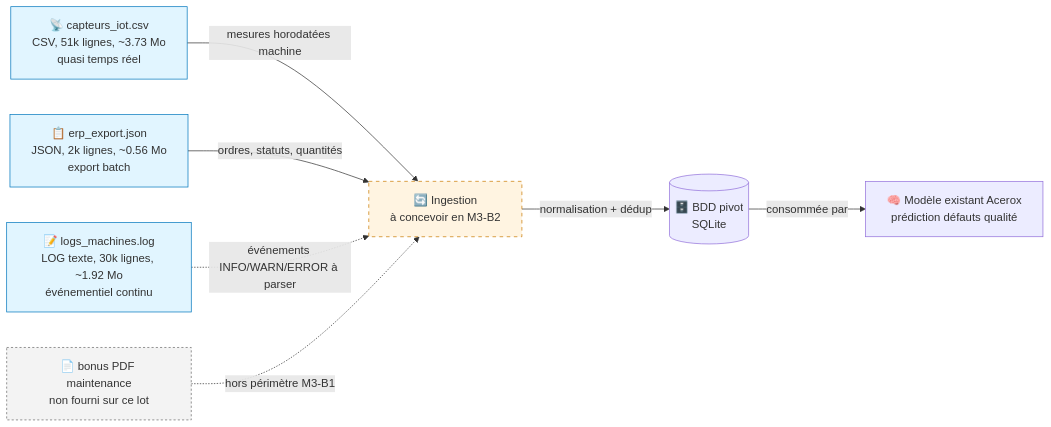
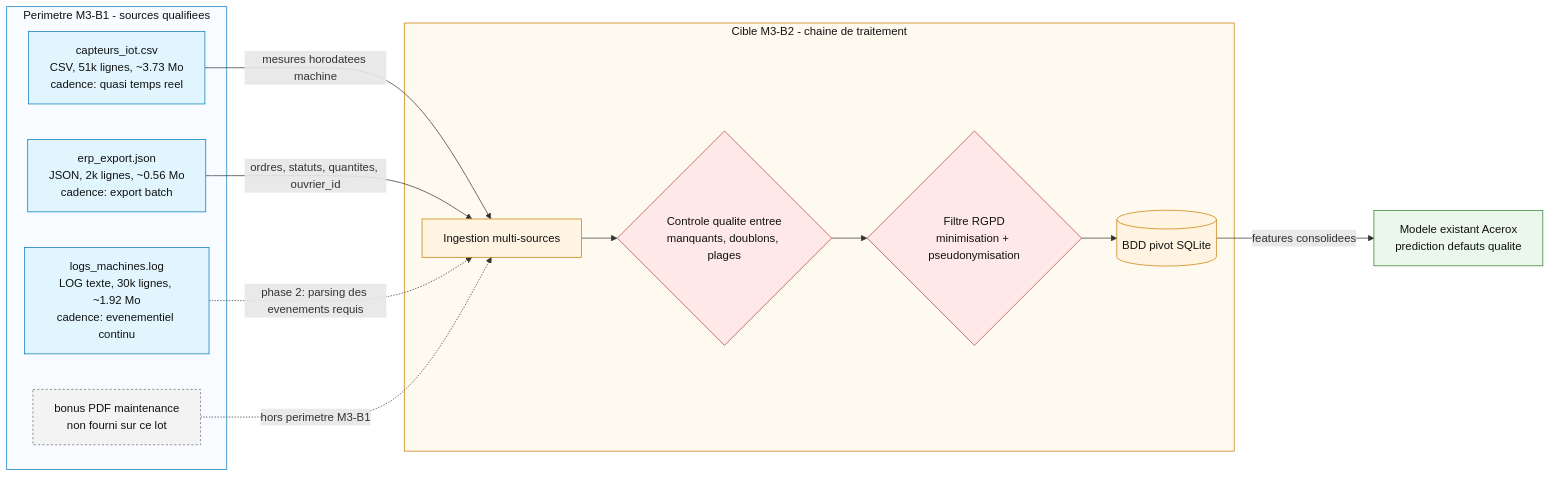
One commit to Franck-Beugnet/M3-B1-acerox-franck changed the diagram in flux_donnees.md. Above: the diagram before and after it, drawn with Mermaid. The commit also changed other lines of this file and 3 other files, not shown here.

Commit message:
schema(md):amélioration

````diff
--- a/flux_donnees.md
+++ b/flux_donnees.md
@@ -13,25 +13,40 @@
 ```mermaid
 flowchart LR
-    SRC1[📡 capteurs_iot.csv<br/>CSV, 51k lignes, ~3.73 Mo<br/>quasi temps réel]
-    SRC2[📋 erp_export.json<br/>JSON, 2k lignes, ~0.56 Mo<br/>export batch]
-    SRC3[📝 logs_machines.log<br/>LOG texte, 30k lignes, ~1.92 Mo<br/>événementiel continu]
-    SRC4[📄 bonus PDF maintenance<br/>non fourni sur ce lot]
+    subgraph S1[Perimetre M3-B1 - sources qualifiees]
+        SRC1[capteurs_iot.csv<br/>CSV, 51k lignes, ~3.73 Mo<br/>cadence: quasi temps reel]
+        SRC2[erp_export.json<br/>JSON, 2k lignes, ~0.56 Mo<br/>cadence: export batch]
+        SRC3[logs_machines.log<br/>LOG texte, 30k lignes, ~1.92 Mo<br/>cadence: evenementiel continu]
+        SRC4[bonus PDF maintenance<br/>non fourni sur ce lot]
+    end
 
-    INGEST[🔄 Ingestion<br/>à concevoir en M3-B2]
-    BDD[(🗄️ BDD pivot<br/>SQLite)]
-    MODEL[🧠 Modèle existant Acerox<br/>prédiction défauts qualité]
+    subgraph S2[Cible M3-B2 - chaine de traitement]
+        INGEST[Ingestion multi-sources]
+        QGATE{Controle qualite entree<br/>manquants, doublons, plages}
+        PGATE{Filtre RGPD<br/>minimisation + pseudonymisation}
+        BDD[(BDD pivot SQLite)]
+    end
 
-    SRC1 -->|mesures horodatées machine| INGEST
-    SRC2 -->|ordres, statuts, quantités| INGEST
-    SRC3 -.->|événements INFO/WARN/ERROR à parser| INGEST
-    SRC4 -.->|hors périmètre M3-B1| INGEST
-    INGEST -->|normalisation + dédup| BDD
-    BDD -->|consommée par| MODEL
+    MODEL[Modele existant Acerox<br/>prediction defauts qualite]
 
-    classDef source fill:#e1f5ff,stroke:#0277bd
-    classDef bonus fill:#f3f3f3,stroke:#6b6b6b,stroke-dasharray: 3 3
-    classDef tofix fill:#fff4e1,stroke:#c97a00,stroke-dasharray: 5 5
+    SRC1 -->|mesures horodatees machine| INGEST
+    SRC2 -->|ordres, statuts, quantites, ouvrier_id| INGEST
+    SRC3 -.->|phase 2: parsing des evenements requis| INGEST
+    SRC4 -.->|hors perimetre M3-B1| INGEST
+
+    INGEST --> QGATE --> PGATE --> BDD -->|features consolidees| MODEL
+
+    classDef source fill:#e1f5ff,stroke:#0277bd,stroke-width:1px,color:#111111
+    classDef bonus fill:#f3f3f3,stroke:#6b6b6b,stroke-dasharray: 3 3,color:#111111
+    classDef target fill:#fff4e1,stroke:#c97a00,stroke-width:1px,color:#111111
+    classDef control fill:#ffe8e8,stroke:#b04040,stroke-width:1px,color:#111111
+    classDef sink fill:#eaf7ea,stroke:#2e7d32,stroke-width:1px,color:#111111
+
+    style S1 fill:#f8fbff,stroke:#0277bd,stroke-width:1px,color:#111111
+    style S2 fill:#fffaf0,stroke:#c97a00,stroke-width:1px,color:#111111
+
     class SRC1,SRC2,SRC3 source
     class SRC4 bonus
-    class INGEST tofix
+    class INGEST,BDD target
+    class QGATE,PGATE control
+    class MODEL sink
 ```
````
